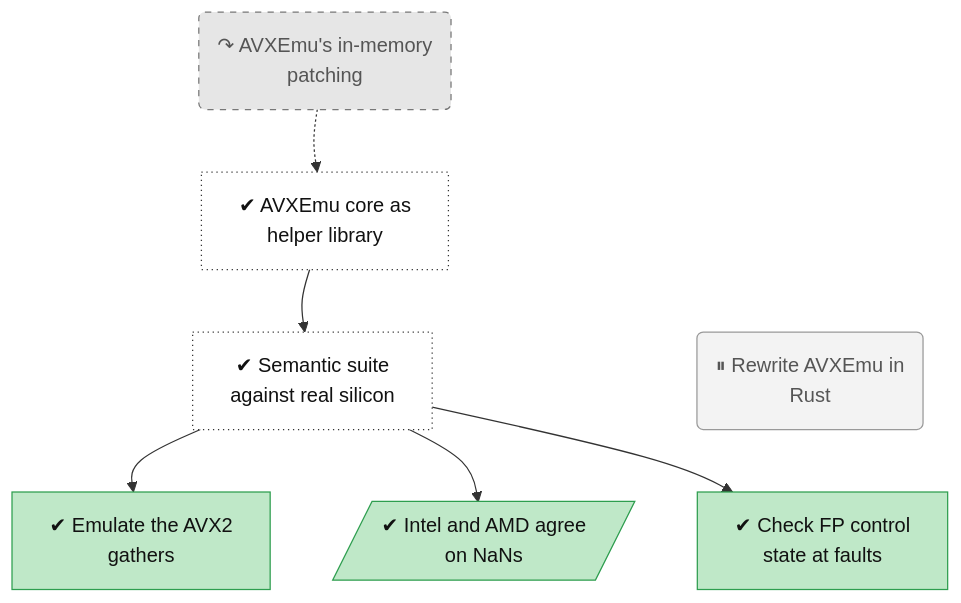
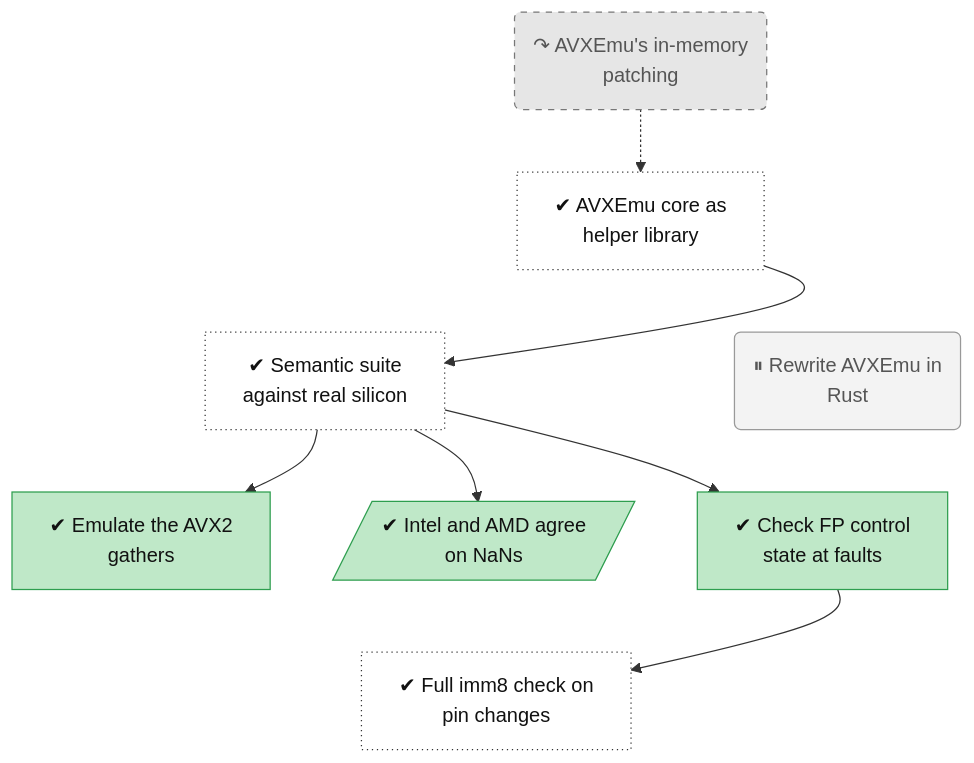
Before and after one commit to lhns/v3compat: the diagram in docs/roadmap/tracks/emu.md, drawn with Mermaid. The commit also changed other lines of this file and 8 other files, not shown here.

First line of the commit message:
CI: full imm8 semantic suite when a pin or src/expand.c changes (#95)

````diff
--- a/docs/roadmap/tracks/emu.md
+++ b/docs/roadmap/tracks/emu.md
@@ -10,39 +10,44 @@
 ```mermaid
 flowchart TB
     emu_preload("↷ AVXEmu's in-memory<br/>patching")
     emu_helpers["✔ AVXEmu core as<br/>helper library"]
     emu_semantic_suite["✔ Semantic suite<br/>against real silicon"]
     emu_rust_rewrite("⏸ Rewrite AVXEmu in<br/>Rust")
     emu_gathers["✔ Emulate the AVX2<br/>gathers"]
     emu_intel_nan[/"✔ Intel and AMD agree<br/>on NaNs"/]
     emu_mxcsr["✔ Check FP control<br/>state at faults"]
+    emu_full_imm8["✔ Full imm8 check on<br/>pin changes"]
     emu_preload ~~~ emu_helpers
     emu_helpers ~~~ emu_semantic_suite
     emu_helpers ~~~ emu_rust_rewrite
     emu_semantic_suite ~~~ emu_gathers
     emu_rust_rewrite ~~~ emu_intel_nan
     emu_rust_rewrite ~~~ emu_mxcsr
+    emu_gathers ~~~ emu_full_imm8
+    emu_intel_nan ~~~ emu_full_imm8
+    emu_mxcsr ~~~ emu_full_imm8
     emu_preload -.-> emu_helpers
     emu_helpers --> emu_semantic_suite
     emu_semantic_suite --> emu_gathers
     emu_semantic_suite --> emu_intel_nan
     emu_semantic_suite --> emu_mxcsr
+    emu_mxcsr --> emu_full_imm8
     classDef vsucc fill:#2e9e4f,stroke:#1b6b34,color:#fff
     classDef succ fill:#bfe8c8,stroke:#2e9e4f,color:#111
     classDef mixed fill:#ffd37a,stroke:#c98a00,color:#111
     classDef bad fill:#f28b82,stroke:#b3261e,color:#111
     classDef dead fill:#e6e6e6,stroke:#777,stroke-dasharray:5 5,color:#555
     classDef inprog fill:#a8cdf5,stroke:#1f6fc5,color:#111
     classDef next fill:#fff,stroke:#333,color:#111
     classDef blocked fill:#fff,stroke:#b3261e,stroke-dasharray:2 2,color:#111
     classDef parked fill:#f3f3f3,stroke:#999,color:#555
     classDef unrated fill:#fff,stroke:#333,stroke-dasharray:1 3,color:#111
     classDef gate fill:#d9c2f0,stroke:#7b3fb5,color:#111
     classDef decided fill:#ece0f7,stroke:#7b3fb5,stroke-dasharray:2 2,color:#111
     classDef finding fill:#ffe0b2,stroke:#d84315,stroke-width:2px,color:#111
     classDef waiting fill:#e3f2fd,stroke:#1f6fc5,stroke-dasharray:5 5,color:#111
     class emu_preload dead
-    class emu_helpers,emu_semantic_suite unrated
+    class emu_helpers,emu_semantic_suite,emu_full_imm8 unrated
     class emu_rust_rewrite parked
     class emu_gathers,emu_intel_nan,emu_mxcsr succ
 ```
````
